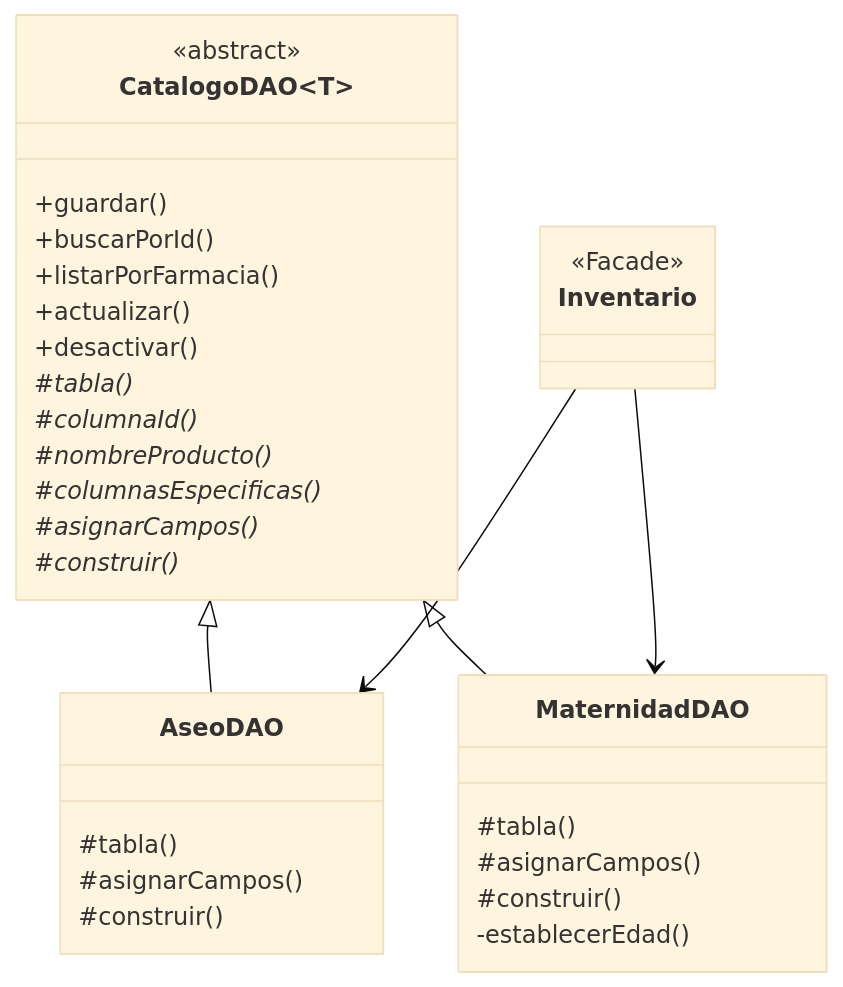
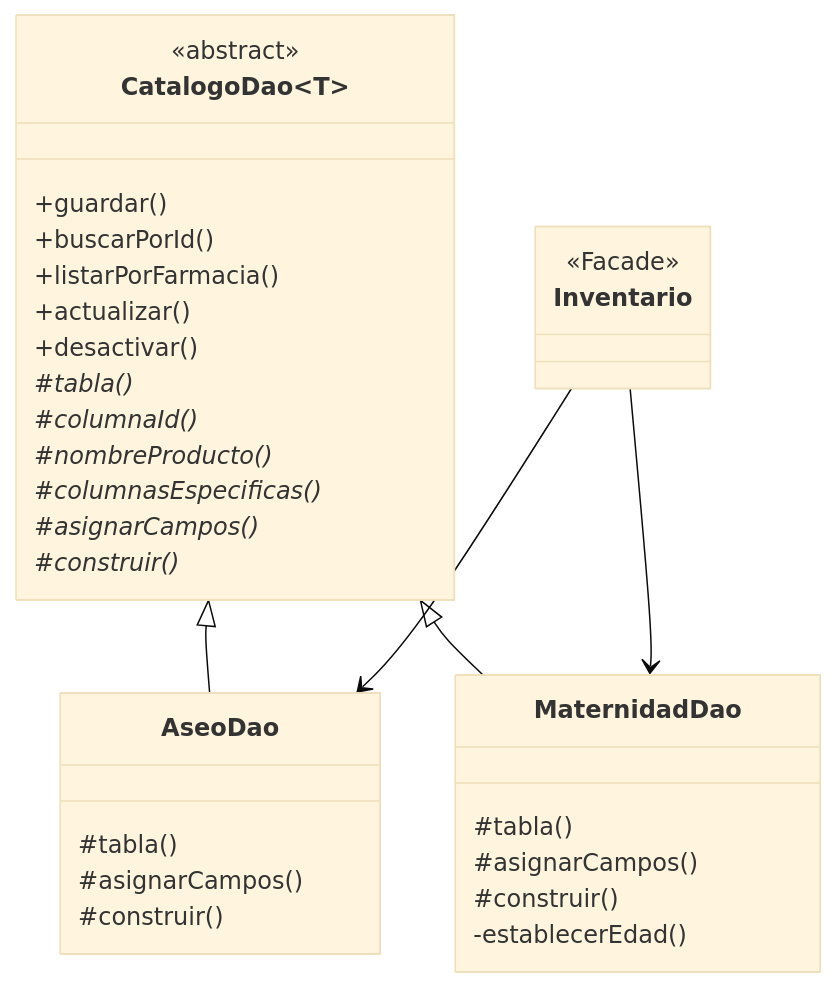
One commit to puj-course/FIS_2630_1204_G1 changed the diagram in docs/architecture/design/PATRON_TEMPLATE_METHOD_CATALOGO.md. Above: the diagram before and after it, drawn with Mermaid (base theme). The commit also changed other lines of this file and 121 other files, not shown here.

````diff
--- a/docs/architecture/design/PATRON_TEMPLATE_METHOD_CATALOGO.md
+++ b/docs/architecture/design/PATRON_TEMPLATE_METHOD_CATALOGO.md
@@ -17,36 +17,36 @@
 ```mermaid
 classDiagram
     direction TB
-    class CatalogoDAO~T~ {
+    class CatalogoDao~T~ {
         <<abstract>>
         +guardar()
         +buscarPorId()
         +listarPorFarmacia()
         +actualizar()
         +desactivar()
         #tabla()*
         #columnaId()*
         #nombreProducto()*
         #columnasEspecificas()*
         #asignarCampos()*
         #construir()*
     }
-    class AseoDAO {
+    class AseoDao {
         #tabla()
         #asignarCampos()
         #construir()
     }
-    class MaternidadDAO {
+    class MaternidadDao {
         #tabla()
         #asignarCampos()
         #construir()
         -establecerEdad()
     }
     class Inventario {
         <<Facade>>
     }
-    CatalogoDAO <|-- AseoDAO
-    CatalogoDAO <|-- MaternidadDAO
-    Inventario --> AseoDAO
-    Inventario --> MaternidadDAO
+    CatalogoDao <|-- AseoDao
+    CatalogoDao <|-- MaternidadDao
+    Inventario --> AseoDao
+    Inventario --> MaternidadDao
 ```
````
